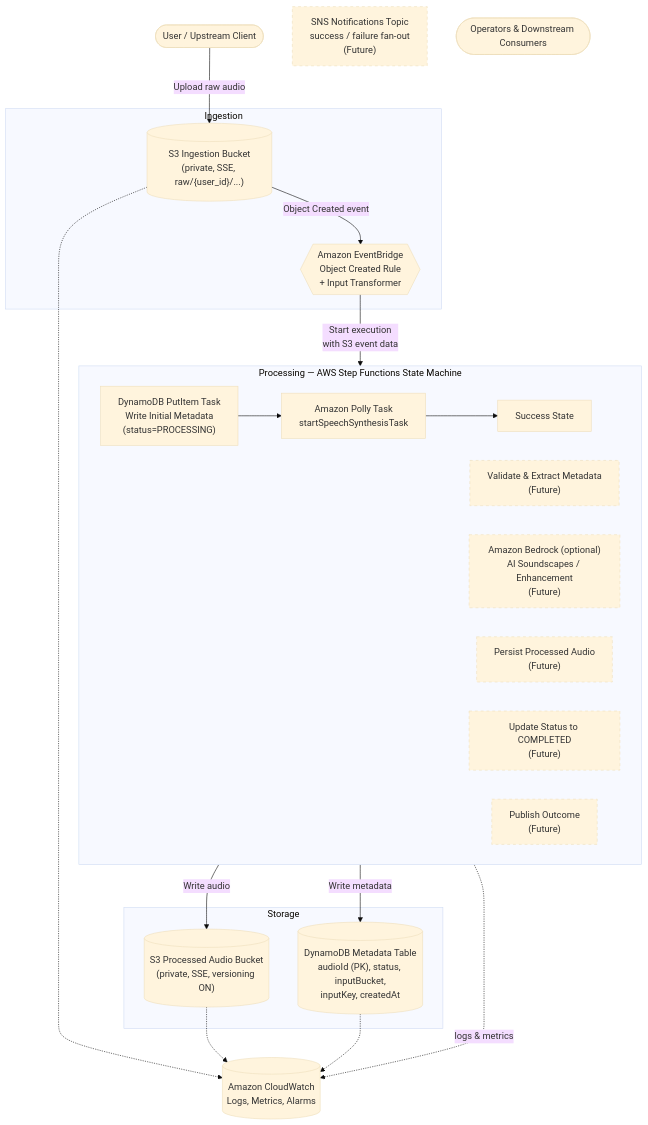
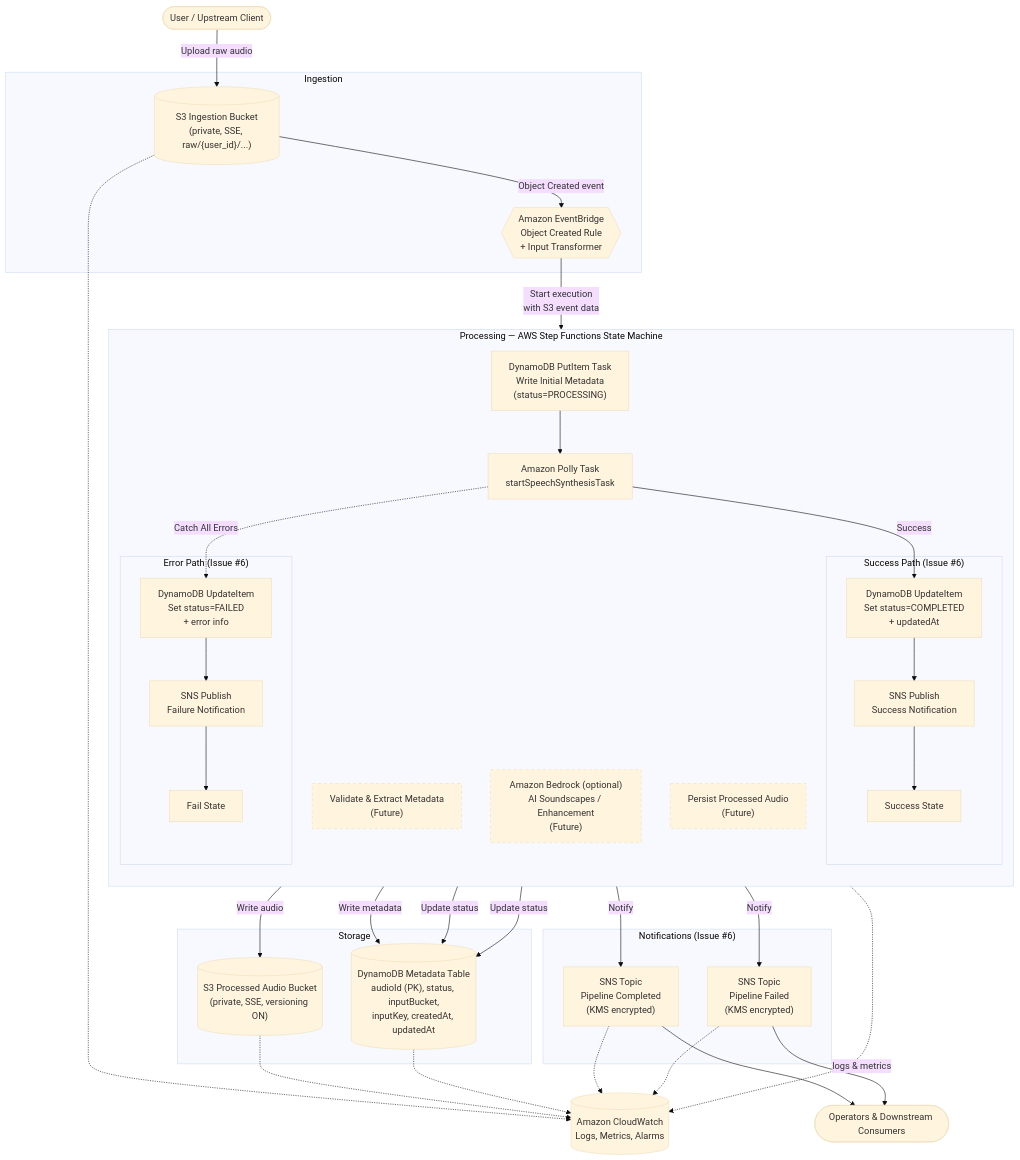
Before and after one commit to obstreperous-ai/cdk-sleep-java-copilot: the diagram in ARCHITECTURE.md, drawn with Mermaid (base theme). The commit also changed other lines of this file, not shown here.

First line of the commit message:
docs: Update ARCHITECTURE.md for Issue #6 - SNS notifications and error handling

````diff
--- a/ARCHITECTURE.md
+++ b/ARCHITECTURE.md
@@ -68,52 +68,74 @@
 ```mermaid
 flowchart TD
     User([User / Upstream Client])
 
     subgraph Ingestion
         S3In[("S3 Ingestion Bucket<br/>(private, SSE, raw/{user_id}/...)")]
         EB{{"Amazon EventBridge<br/>Object Created Rule<br/>+ Input Transformer"}}
     end
 
     subgraph Processing["Processing — AWS Step Functions State Machine"]
-        direction LR
+        direction TB
         PutMetadata["DynamoDB PutItem Task<br/>Write Initial Metadata<br/>(status=PROCESSING)"]
         Polly["Amazon Polly Task<br/>startSpeechSynthesisTask"]
-        Success["Success State"]
+        
+        subgraph SuccessPath["Success Path (Issue #6)"]
+            UpdateCompleted["DynamoDB UpdateItem<br/>Set status=COMPLETED<br/>+ updatedAt"]
+            PublishSuccess["SNS Publish<br/>Success Notification"]
+            Success["Success State"]
+            UpdateCompleted --> PublishSuccess --> Success
+        end
+        
+        subgraph ErrorPath["Error Path (Issue #6)"]
+            UpdateFailed["DynamoDB UpdateItem<br/>Set status=FAILED<br/>+ error info"]
+            PublishFailure["SNS Publish<br/>Failure Notification"]
+            Fail["Fail State"]
+            UpdateFailed --> PublishFailure --> Fail
+        end
+        
         PutMetadata --> Polly
-        Polly --> Success
+        Polly -->|Success| UpdateCompleted
+        Polly -.->|Catch All Errors| UpdateFailed
         
         %% Future states (not yet implemented)
         Validate["Validate & Extract Metadata<br/>(Future)"]
         Bedrock["Amazon Bedrock (optional)<br/>AI Soundscapes / Enhancement<br/>(Future)"]
         Persist["Persist Processed Audio<br/>(Future)"]
-        UpdateStatus["Update Status to COMPLETED<br/>(Future)"]
-        Notify["Publish Outcome<br/>(Future)"]
         
         style Validate stroke-dasharray: 5 5
         style Bedrock stroke-dasharray: 5 5
         style Persist stroke-dasharray: 5 5
-        style UpdateStatus stroke-dasharray: 5 5
-        style Notify stroke-dasharray: 5 5
     end
 
     subgraph Storage
         S3Out[("S3 Processed Audio Bucket<br/>(private, SSE, versioning ON)")]
-        DDB[("DynamoDB Metadata Table<br/>audioId (PK), status, inputBucket,<br/>inputKey, createdAt")]
+        DDB[("DynamoDB Metadata Table<br/>audioId (PK), status, inputBucket,<br/>inputKey, createdAt, updatedAt")]
     end
 
-    SNS["SNS Notifications Topic<br/>success / failure fan-out<br/>(Future)"]
-    style SNS stroke-dasharray: 5 5
+    subgraph Notifications["Notifications (Issue #6)"]
+        SNSCompleted["SNS Topic<br/>Pipeline Completed<br/>(KMS encrypted)"]
+        SNSFailed["SNS Topic<br/>Pipeline Failed<br/>(KMS encrypted)"]
+    end
+
     Ops([Operators & Downstream Consumers])
     CW[("Amazon CloudWatch<br/>Logs, Metrics, Alarms")]
 
     User -->|Upload raw audio| S3In
     S3In -->|Object Created event| EB
     EB -->|Start execution<br/>with S3 event data| PutMetadata
     PutMetadata -->|Write metadata| DDB
+    UpdateCompleted -->|Update status| DDB
+    UpdateFailed -->|Update status| DDB
     Polly -->|Write audio| S3Out
+    PublishSuccess -->|Notify| SNSCompleted
+    PublishFailure -->|Notify| SNSFailed
+    SNSCompleted --> Ops
+    SNSFailed --> Ops
 
     Processing -.->|logs & metrics| CW
     S3In -.-> CW
     S3Out -.-> CW
     DDB -.-> CW
+    SNSCompleted -.-> CW
+    SNSFailed -.-> CW
 ```
````
